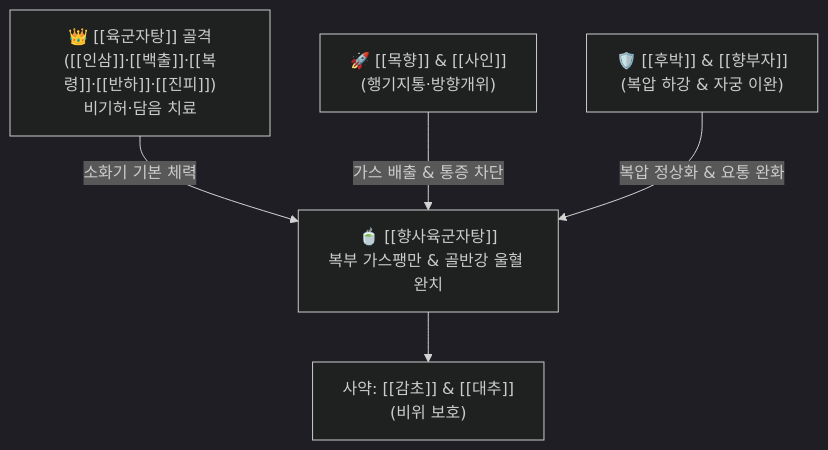
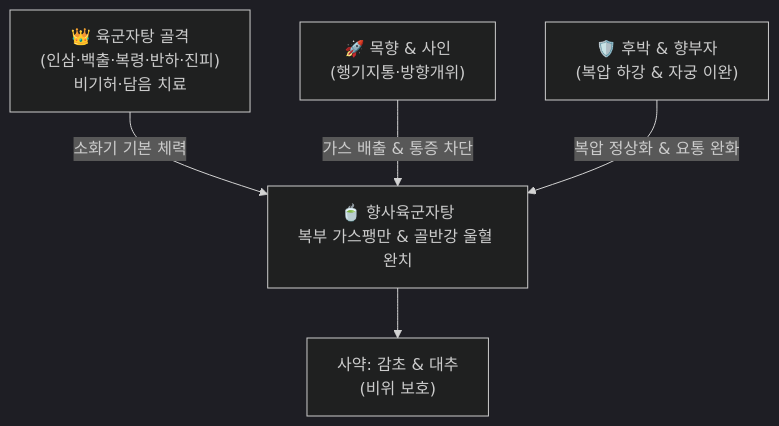
One commit to simbio11/simbio-digital-garden2 changed the diagram in content/2. 약리 공부/처방/02_보익제/향사육군자탕.md. Above: the diagram before and after it, drawn with Mermaid (dark theme). The commit also changed other lines of this file and 323 other files, not shown here.

````diff
--- a/content/2. 약리 공부/처방/02_보익제/향사육군자탕.md
+++ b/content/2. 약리 공부/처방/02_보익제/향사육군자탕.md
@@ -54,7 +56,7 @@
 ```mermaid
 graph TD
-    LKZ["👑 [[육군자탕]] 골격<br>([[인삼]]·[[백출]]·[[복령]]·[[반하]]·[[진피]])<br>비기허·담음 치료"] -->|소화기 기본 체력| TOTAL["🍵 [[향사육군자탕]]<br>복부 가스팽만 & 골반강 울혈 완치"]
-    XS["🚀 [[목향]] & [[사인]]<br>(행기지통·방향개위)"] -->|가스 배출 & 통증 차단| TOTAL
-    HP["🛡️ [[후박]] & [[향부자]]<br>(복압 하강 & 자궁 이완)"] -->|복압 정상화 & 요통 완화| TOTAL
-    TOTAL --> GC["사약: [[감초]] & [[대추]]<br>(비위 보호)"]
+    LKZ["👑 육군자탕 골격<br>(인삼·백출·복령·반하·진피)<br>비기허·담음 치료"] -->|소화기 기본 체력| TOTAL["🍵 향사육군자탕<br>복부 가스팽만 & 골반강 울혈 완치"]
+    XS["🚀 목향 & 사인<br>(행기지통·방향개위)"] -->|가스 배출 & 통증 차단| TOTAL
+    HP["🛡️ 후박 & 향부자<br>(복압 하강 & 자궁 이완)"] -->|복압 정상화 & 요통 완화| TOTAL
+    TOTAL --> GC["사약: 감초 & 대추<br>(비위 보호)"]
 ```
````
